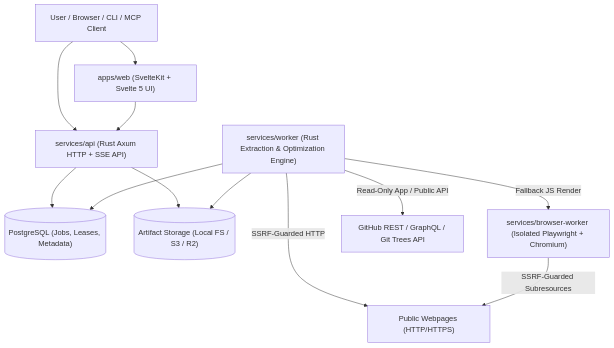
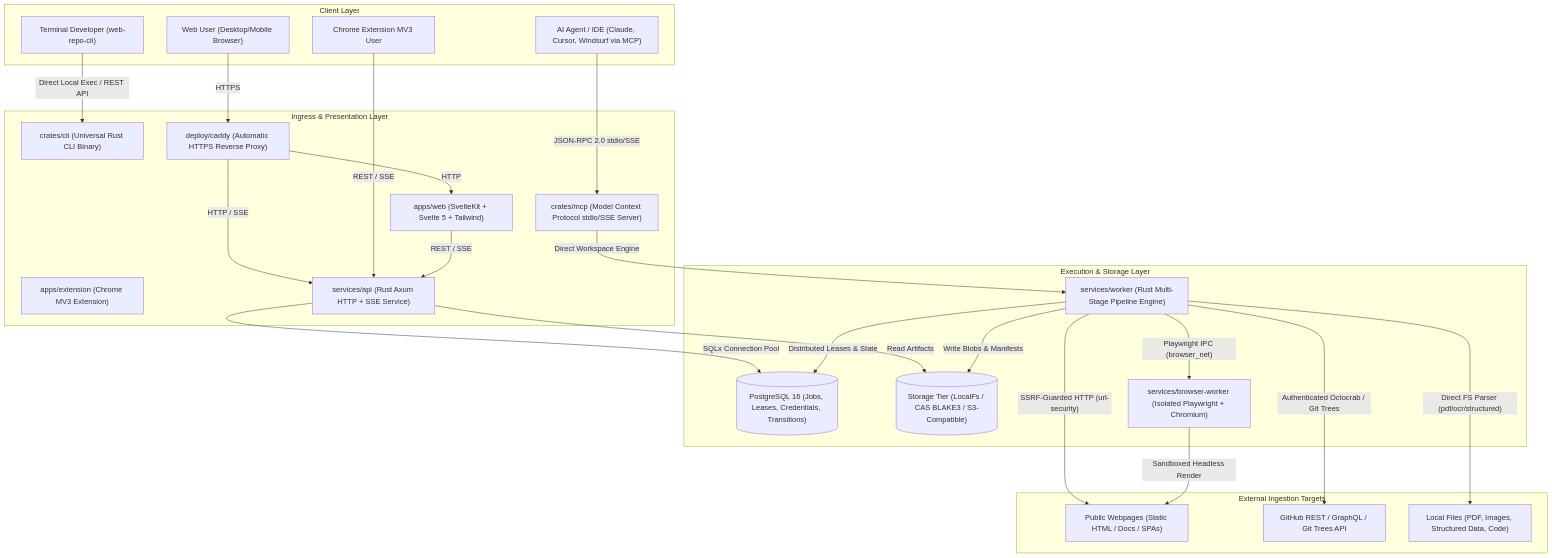
Before and after one commit to dayashimoga/web-repo-to-ai: the first of 2 diagrams in docs/ARCHITECTURE.md, drawn with Mermaid. The commit also changed other lines of this file and 12 other files, not shown here.

````diff
--- a/docs/ARCHITECTURE.md
+++ b/docs/ARCHITECTURE.md
@@ -10,24 +13,51 @@
 ```mermaid
 flowchart TD
-    User["User / Browser / CLI / MCP Client"]
-    Web["apps/web (SvelteKit + Svelte 5 UI)"]
-    API["services/api (Rust Axum HTTP + SSE API)"]
-    PG[("PostgreSQL (Jobs, Leases, Metadata)")]
-    Store[("Artifact Storage (Local FS / S3 / R2)")]
-    Worker["services/worker (Rust Extraction & Optimization Engine)"]
-    Browser["services/browser-worker (Isolated Playwright + Chromium)"]
-    ExtWeb["Public Webpages (HTTP/HTTPS)"]
-    GitHub["GitHub REST / GraphQL / Git Trees API"]
+    subgraph Clients["Client Layer"]
+        BrowserUser["Web User (Desktop/Mobile Browser)"]
+        ExtUser["Chrome Extension MV3 User"]
+        CliUser["Terminal Developer (web-repo-cli)"]
+        McpClient["AI Agent / IDE (Claude, Cursor, Windsurf via MCP)"]
+    end
 
-    User --> Web
-    User --> API
-    Web --> API
-    API --> PG
-    API --> Store
-    Worker --> PG
-    Worker --> Store
-    Worker -->|"SSRF-Guarded HTTP"| ExtWeb
-    Worker -->|"Read-Only App / Public API"| GitHub
-    Worker -->|"Fallback JS Render"| Browser
-    Browser -->|"SSRF-Guarded Subresources"| ExtWeb
+    subgraph Entrypoints["Ingress & Presentation Layer"]
+        Web["apps/web (SvelteKit + Svelte 5 + Tailwind)"]
+        Extension["apps/extension (Chrome MV3 Extension)"]
+        CLI["crates/cli (Universal Rust CLI Binary)"]
+        MCP["crates/mcp (Model Context Protocol stdio/SSE Server)"]
+        API["services/api (Rust Axum HTTP + SSE Service)"]
+        Caddy["deploy/caddy (Automatic HTTPS Reverse Proxy)"]
+    end
+
+    subgraph BackendCore["Execution & Storage Layer"]
+        PG[("PostgreSQL 16 (Jobs, Leases, Credentials, Transitions)")]
+        Storage[("Storage Tier (LocalFs / CAS BLAKE3 / S3-Compatible)")]
+        Worker["services/worker (Rust Multi-Stage Pipeline Engine)"]
+        BrowserWorker["services/browser-worker (Isolated Playwright + Chromium)"]
+    end
+
+    subgraph ExternalSources["External Ingestion Targets"]
+        PublicWeb["Public Webpages (Static HTML / Docs / SPAs)"]
+        GitHubAPI["GitHub REST / GraphQL / Git Trees API"]
+        LocalFiles["Local Files (PDF, Images, Structured Data, Code)"]
+    end
+
+    BrowserUser -->|HTTPS| Caddy
+    Caddy -->|HTTP| Web
+    Caddy -->|HTTP / SSE| API
+    ExtUser -->|REST / SSE| API
+    CliUser -->|Direct Local Exec / REST API| CLI
+    McpClient -->|JSON-RPC 2.0 stdio/SSE| MCP
+    MCP -->|Direct Workspace Engine| Worker
+    Web -->|REST / SSE| API
+
+    API -->|SQLx Connection Pool| PG
+    API -->|Read Artifacts| Storage
+    Worker -->|Distributed Leases & State| PG
+    Worker -->|Write Blobs & Manifests| Storage
+
+    Worker -->|"SSRF-Guarded HTTP (url-security)"| PublicWeb
+    Worker -->|"Authenticated Octocrab / Git Trees"| GitHubAPI
+    Worker -->|"Playwright IPC (browser_net)"| BrowserWorker
+    BrowserWorker -->|"Sandboxed Headless Render"| PublicWeb
+    Worker -->|"Direct FS Parser (pdf/ocr/structured)"| LocalFiles
 ```
````
